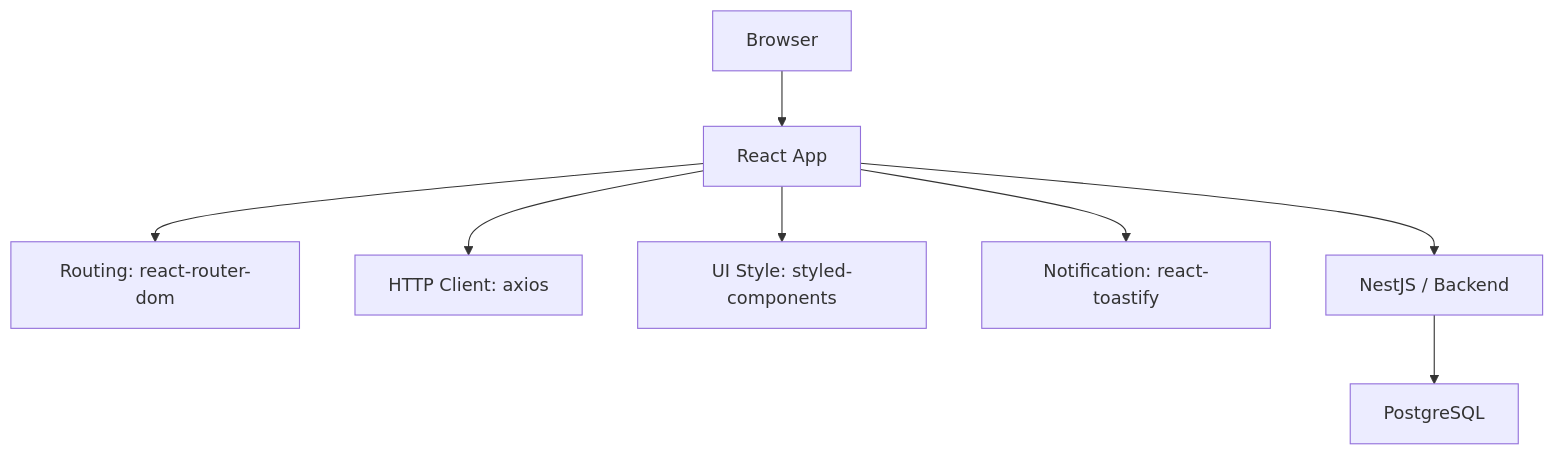
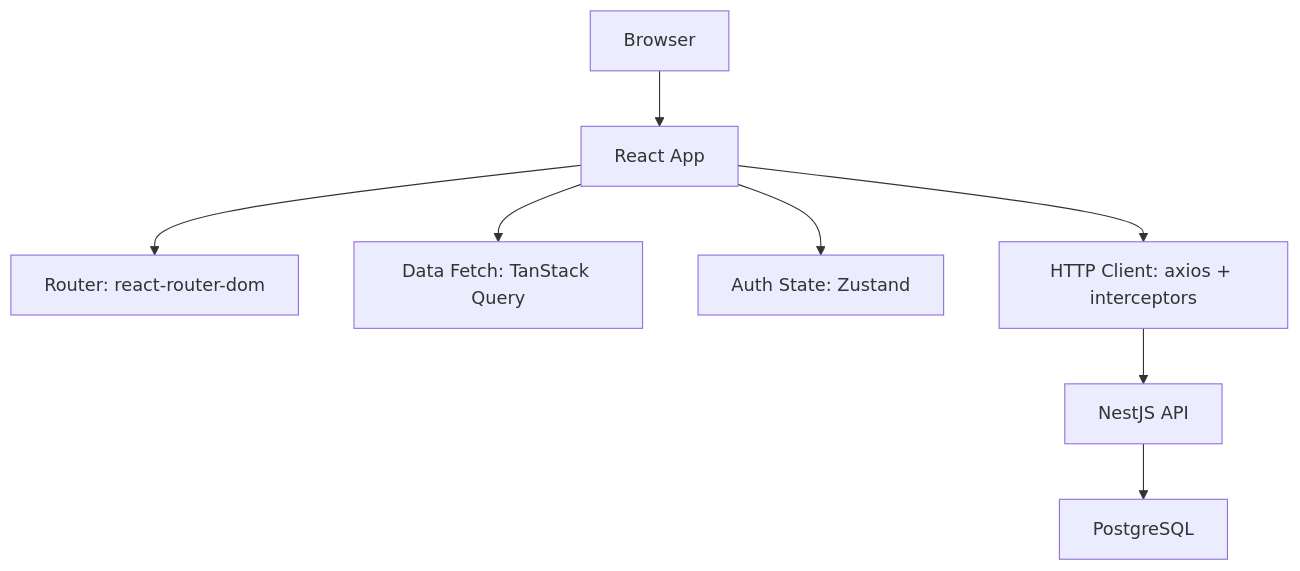
Before and after one commit to Hazakura2024/micro-post: the diagram in docs/02_architecture.md, drawn with Mermaid. The commit also changed other lines of this file and 4 other files, not shown here.

````diff
--- a/docs/02_architecture.md
+++ b/docs/02_architecture.md
@@ -12,11 +89,10 @@
 ```mermaid
-
-graph TD;
-    A[Browser] --> B[React App];
-    B --> B1[Routing: react-router-dom];
-    B --> B2[HTTP Client: axios];
-    B --> B3[UI Style: styled-components];
-    B --> B4[Notification: react-toastify];
-    B --> C[NestJS / Backend];
-    C --> D[PostgreSQL];
+graph TD
+    A[Browser] --> B[React App]
+    B --> B1[Router: react-router-dom]
+    B --> B2[Data Fetch: TanStack Query]
+    B --> B3[Auth State: Zustand]
+    B --> B4[HTTP Client: axios + interceptors]
+    B4 --> C[NestJS API]
+    C --> D[PostgreSQL]
 ```
````
